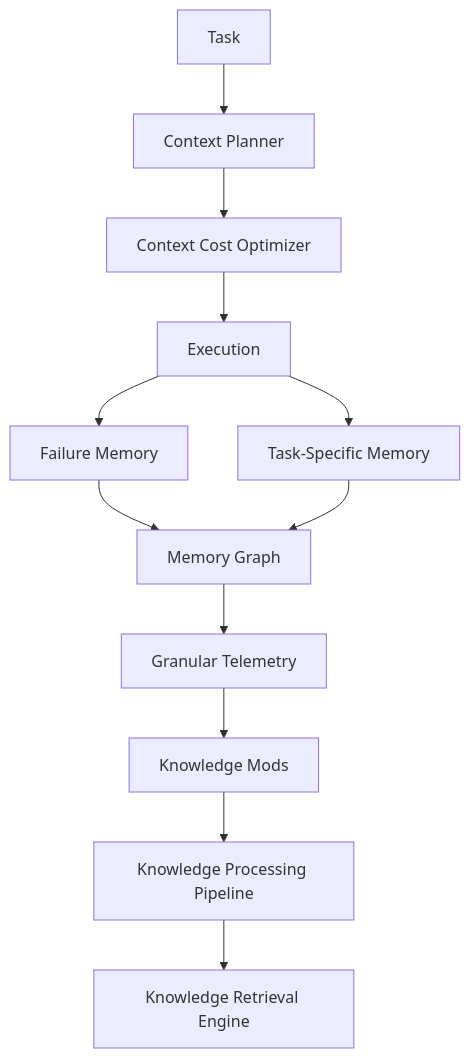
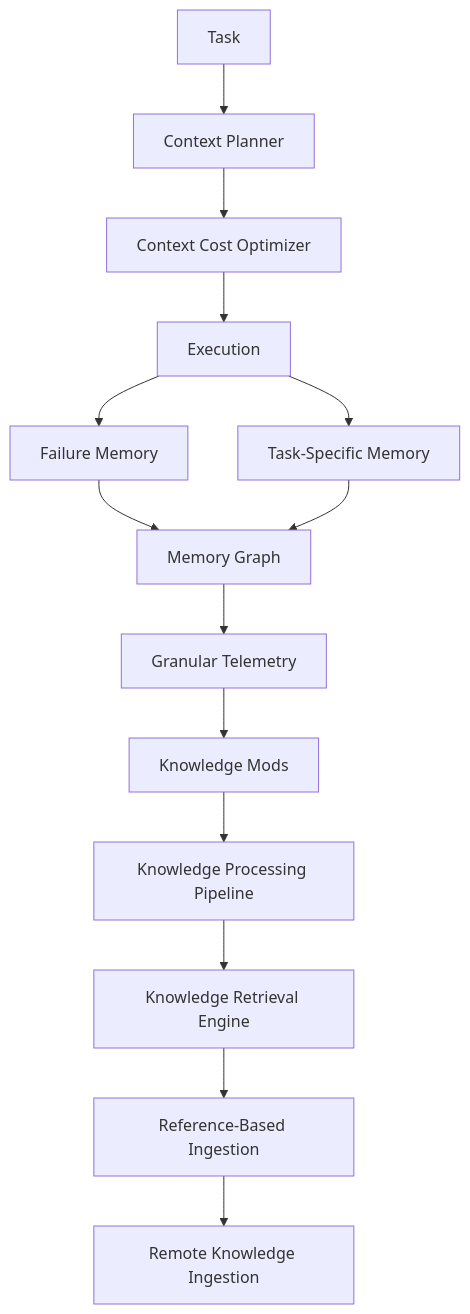
One commit to oldskultxo/codex_context_engine changed the diagram in README.md. Above: the diagram before and after it, drawn with Mermaid. The commit also changed other lines of this file and 4 other files, not shown here.

Commit message:
remote knowledge ingestation

````diff
--- a/README.md
+++ b/README.md
@@ -80,18 +83,20 @@
 ```mermaid
 flowchart TD
 
 A[Task] --> B[Context Planner]
 B --> C[Context Cost Optimizer]
 C --> D[Execution]
 
 D --> E[Failure Memory]
 D --> F[Task-Specific Memory]
 
 E --> G[Memory Graph]
 F --> G
 G --> H[Granular Telemetry]
 
 H --> I[Knowledge Mods]
 I --> J[Knowledge Processing Pipeline]
 J --> K[Knowledge Retrieval Engine]
+K --> L[Reference-Based Ingestion]
+L --> M[Remote Knowledge Ingestion]
 ```
````
